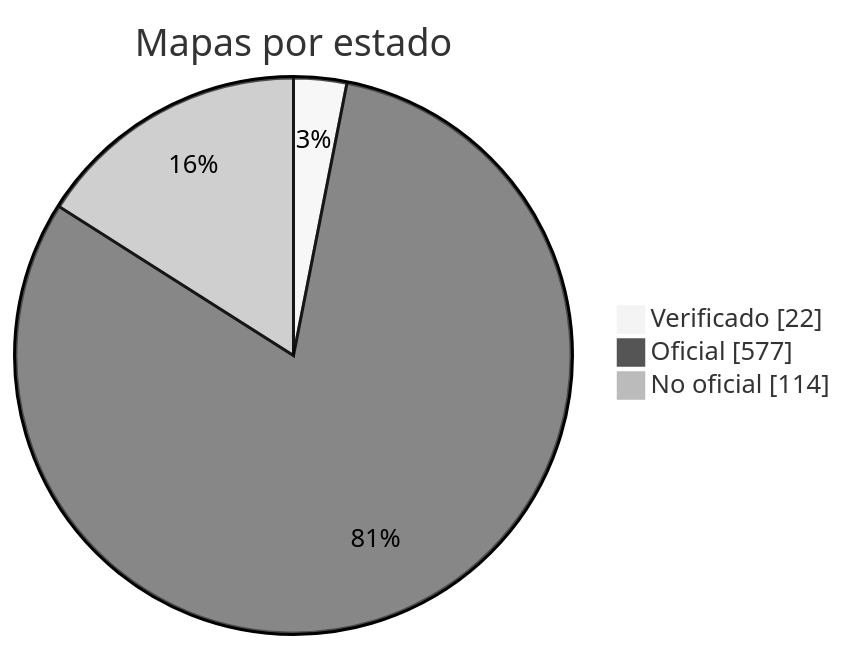
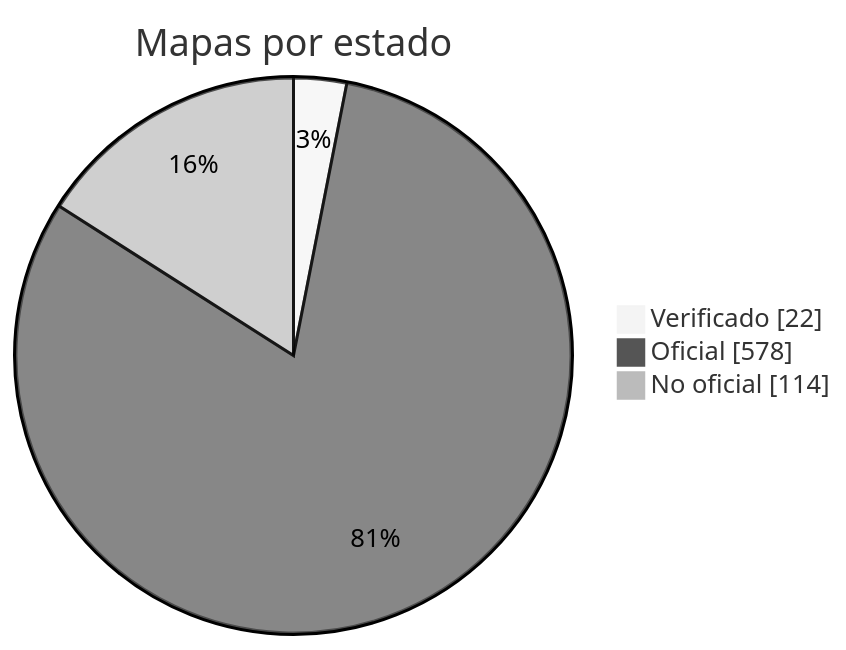
One commit to nobrega8/mbmap-library changed the diagram in docs/readme/README_ES.md. Above: the diagram before and after it, drawn with Mermaid (neutral theme). The commit also changed 6 other files, not shown here.

````diff
--- a/docs/readme/README_ES.md
+++ b/docs/readme/README_ES.md
@@ -54,7 +54,7 @@
 ```mermaid
 pie showData
     title Mapas por estado
     "Verificado" : 22
-    "Oficial" : 577
+    "Oficial" : 578
     "No oficial" : 114
 ```
````
